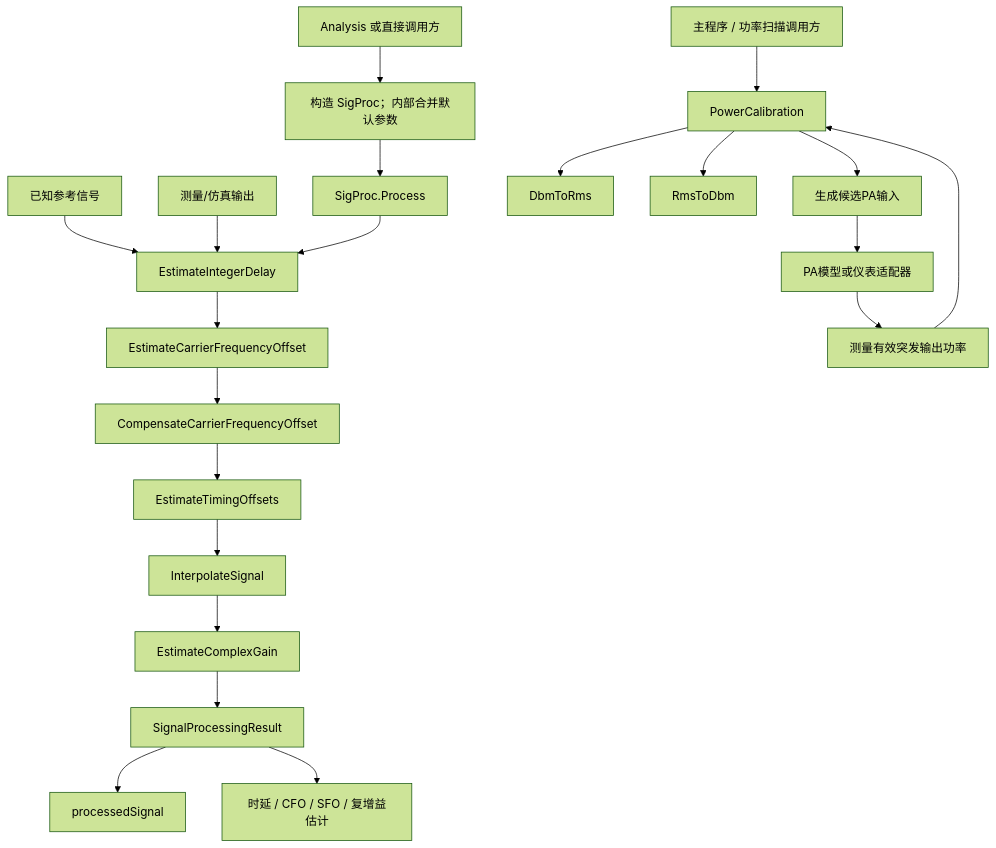
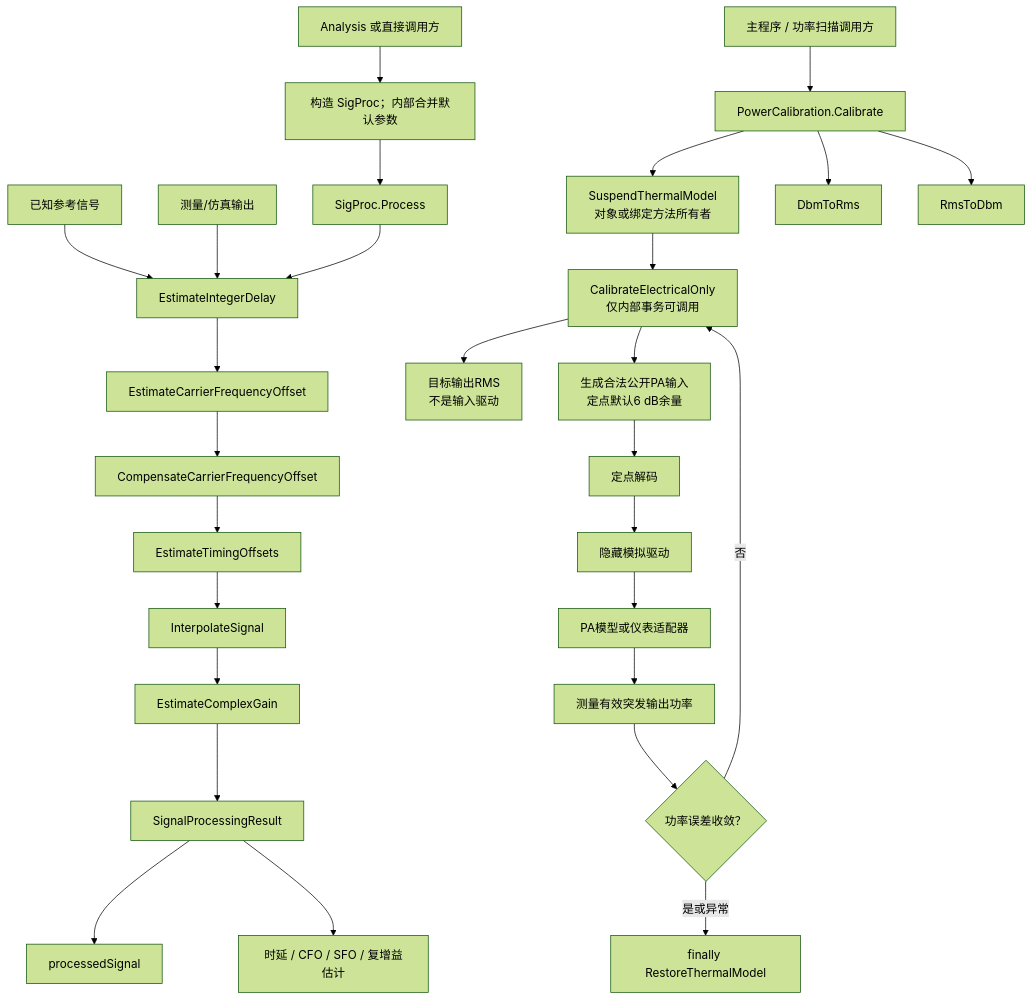
Diagram 17 of 20 in README.md (niyilu45/DPD_ILC), drawn with Mermaid (forest theme) before and after one commit. The commit also changed other lines of this file and 15 other files, not shown here.

Commit message:
Fix thermal workflows and two-tone power analysis

````diff
--- a/README.md
+++ b/README.md
@@ -872,23 +904,30 @@
 ```mermaid
 flowchart TD
     caller["Analysis 或直接调用方"] --> processor["构造 SigProc；内部合并默认参数"]
     processor --> process["SigProc.Process"]
     reference["已知参考信号"] --> integer["EstimateIntegerDelay"]
     measured["测量/仿真输出"] --> integer
     process --> integer
     integer --> cfo["EstimateCarrierFrequencyOffset"]
     cfo --> cfoComp["CompensateCarrierFrequencyOffset"]
     cfoComp --> timing["EstimateTimingOffsets"]
     timing --> interpolation["InterpolateSignal"]
     interpolation --> gain["EstimateComplexGain"]
     gain --> result["SignalProcessingResult"]
     result --> corrected["processedSignal"]
     result --> estimates["时延 / CFO / SFO / 复增益估计"]
-    powerCaller["主程序 / 功率扫描调用方"] --> calibration["PowerCalibration"]
+    powerCaller["主程序 / 功率扫描调用方"] --> calibration["PowerCalibration.Calibrate"]
+    calibration --> suspendThermal["SuspendThermalModel<br/>对象或绑定方法所有者"]
+    suspendThermal --> electricalCalibration["CalibrateElectricalOnly<br/>仅内部事务可调用"]
     calibration --> dbmToRms["DbmToRms"]
     calibration --> rmsToDbm["RmsToDbm"]
-    calibration --> trialInput["生成候选PA输入"]
-    trialInput --> paOrInstrument["PA模型或仪表适配器"]
+    electricalCalibration --> targetRms["目标输出RMS<br/>不是输入驱动"]
+    electricalCalibration --> trialInput["生成合法公开PA输入<br/>定点默认6 dB余量"]
+    trialInput --> decodeTrial["定点解码"]
+    decodeTrial --> analogDrive["隐藏模拟驱动"]
+    analogDrive --> paOrInstrument["PA模型或仪表适配器"]
     paOrInstrument --> activePower["测量有效突发输出功率"]
-    activePower --> calibration
+    activePower --> converged{"功率误差收敛？"}
+    converged -->|否| electricalCalibration
+    converged -->|是或异常| restoreThermal["finally RestoreThermalModel"]
 ```
````
